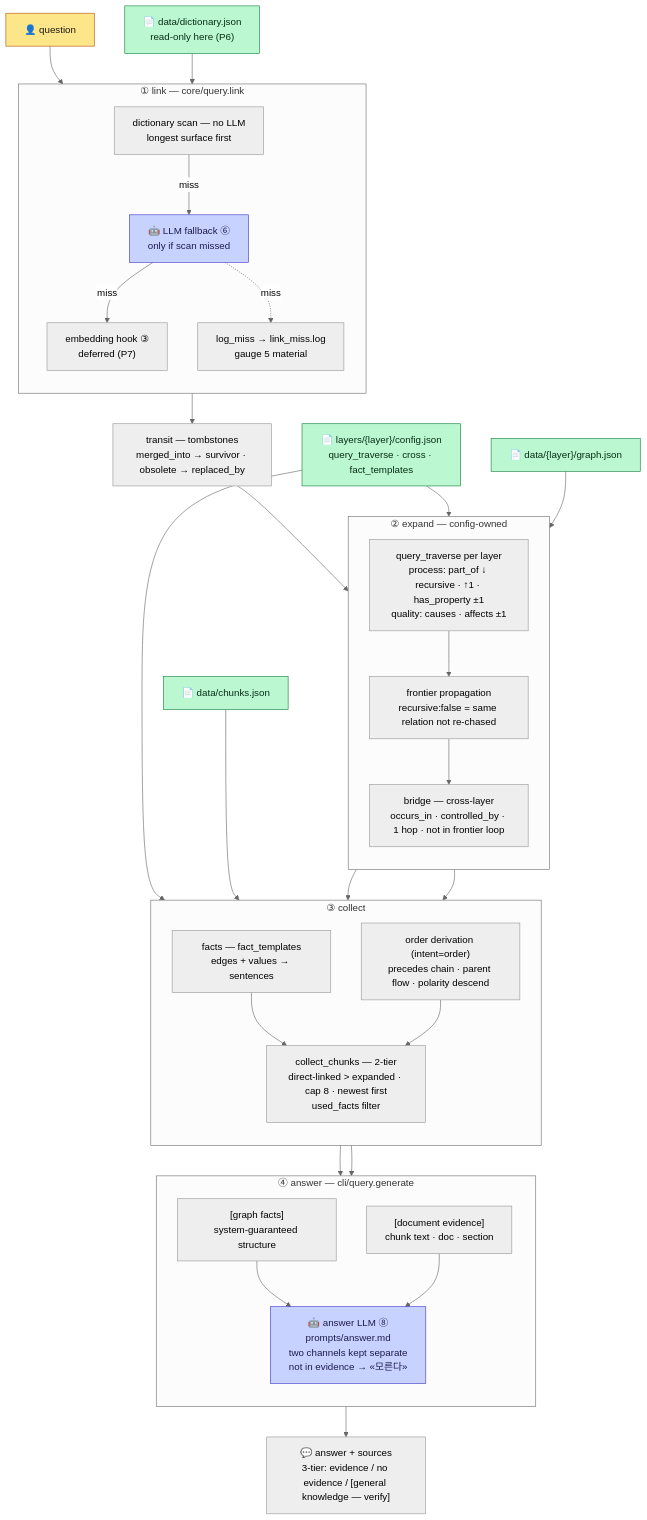
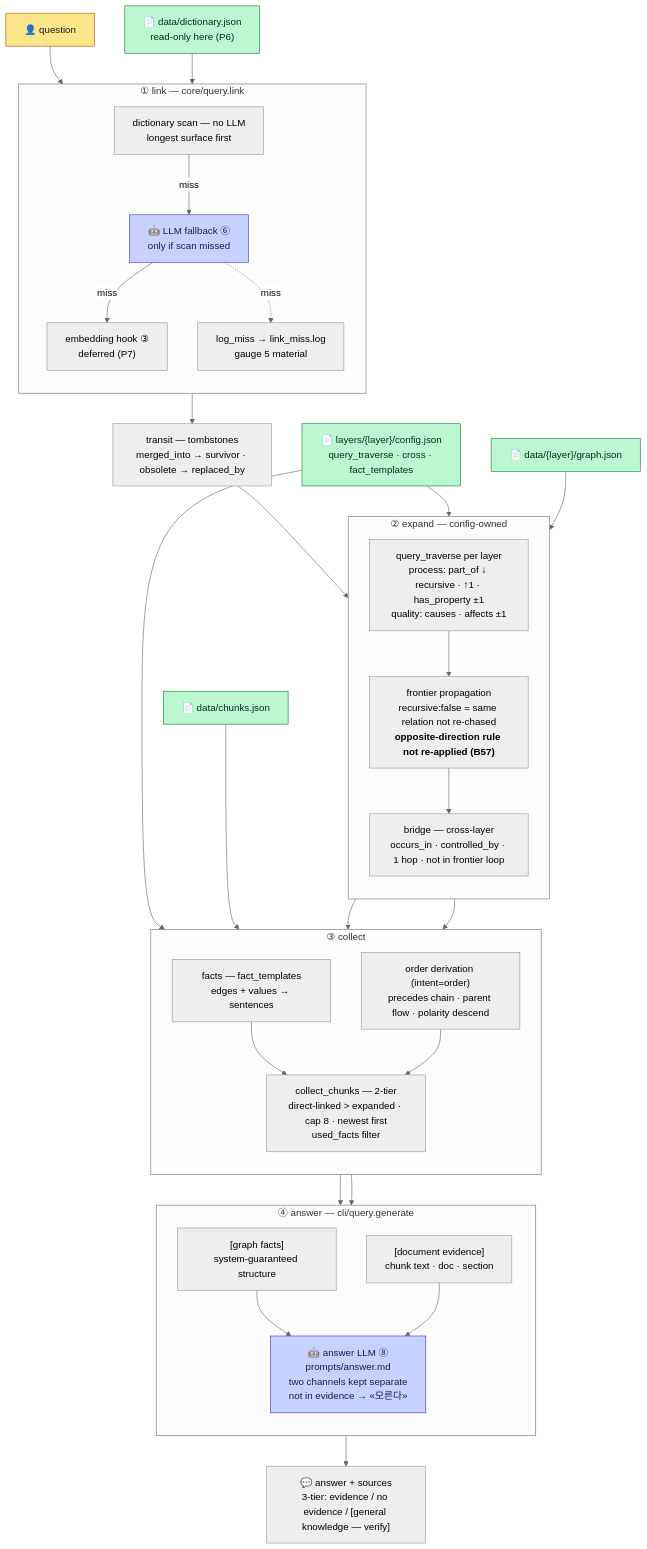
Before and after one commit to playjae0/ontology_system: the diagram in docs/구조도/04_질의.md, drawn with Mermaid (neutral theme). The commit also changed other lines of this file and 7 other files, not shown here.

First line of the commit message:
docs: B58d 반입 — 가이드 §4.4(재등록) · 구조도 03·04·05 · 요청문 ⑩

````diff
--- a/docs/구조도/04_질의.md
+++ b/docs/구조도/04_질의.md
@@ -10,63 +10,63 @@
 ```mermaid
 flowchart TD
   QN["👤 question"]
 
   subgraph L["① link — core/query.link"]
     direction TB
     L1["dictionary scan — no LLM<br/>longest surface first"]
     L2["🤖 LLM fallback ⑥<br/>only if scan missed"]
     L3["embedding hook ③<br/>deferred (P7)"]
     L1 -- "miss" --> L2 -- "miss" --> L3
     LM["log_miss → link_miss.log<br/>gauge 5 material"]
     L2 -. "miss" .-> LM
   end
   QN --> L1
 
   TR["transit — tombstones<br/>merged_into → survivor · obsolete → replaced_by"]
   L --> TR
 
   subgraph E["② expand — config-owned"]
     direction TB
     E1["query_traverse per layer<br/>process: part_of ↓ recursive · ↑1 · has_property ±1<br/>quality: causes · affects ±1"]
-    E2["frontier propagation<br/>recursive:false = same relation not re-chased"]
+    E2["frontier propagation<br/>recursive:false = same relation not re-chased<br/><b>opposite-direction rule not re-applied (B57)</b>"]
     E3["bridge — cross-layer<br/>occurs_in · controlled_by · 1 hop · not in frontier loop"]
     E1 --> E2 --> E3
   end
   TR --> E1
 
   subgraph C["③ collect"]
     direction TB
     C1["facts — fact_templates<br/>edges + values → sentences"]
     C2["order derivation (intent=order)<br/>precedes chain · parent flow · polarity descend"]
     C3["collect_chunks — 2-tier<br/>direct-linked > expanded · cap 8 · newest first<br/>used_facts filter"]
     C1 --> C3
     C2 --> C3
   end
   E --> C1
   E --> C2
 
   subgraph A["④ answer — cli/query.generate"]
     direction TB
     CH1["[graph facts]<br/>system-guaranteed structure"]
     CH2["[document evidence]<br/>chunk text · doc · section"]
     AN["🤖 answer LLM ⑧<br/>prompts/answer.md<br/>two channels kept separate<br/>not in evidence → «모른다»"]
     CH1 --> AN
     CH2 --> AN
   end
   C3 --> CH1
   C3 --> CH2
   AN --> OUT["💬 answer + sources<br/>3-tier: evidence / no evidence / [general knowledge — verify]"]
 
   CFG["📄 layers/{layer}/config.json<br/>query_traverse · cross · fact_templates"] --> E1
   CFG --> C1
   DICT["📄 data/dictionary.json<br/>read-only here (P6)"] --> L1
   GR["📄 data/{layer}/graph.json"] --> E1
   CK["📄 data/chunks.json"] --> C3
 
   classDef llm fill:#c7d2fe,stroke:#4338ca,color:#1e1b4b
   classDef asset fill:#bbf7d0,stroke:#15803d,color:#052e16
   classDef human fill:#fde68a,stroke:#b45309,color:#1c1917
   class L2,AN llm
   class CFG,DICT,GR,CK asset
   class QN human
 ```
````
